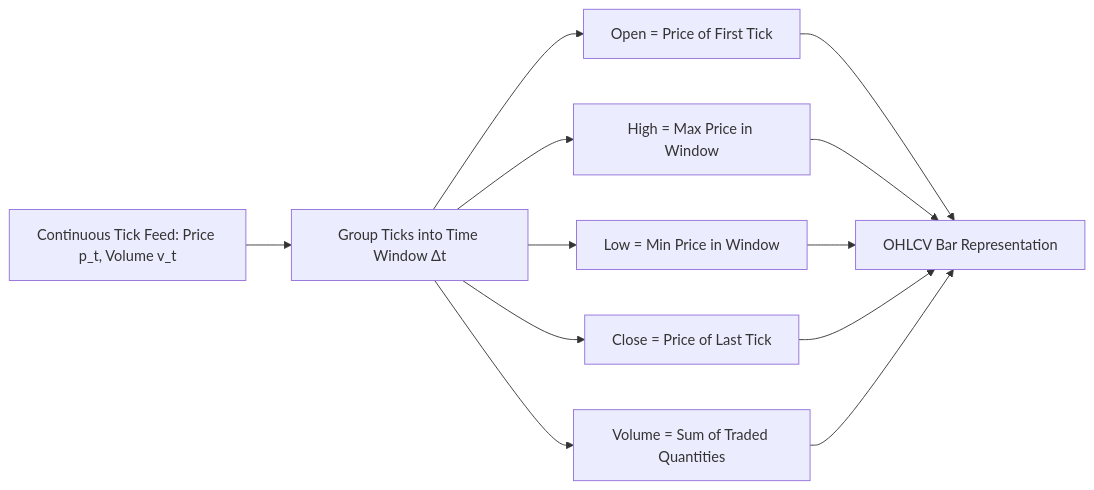
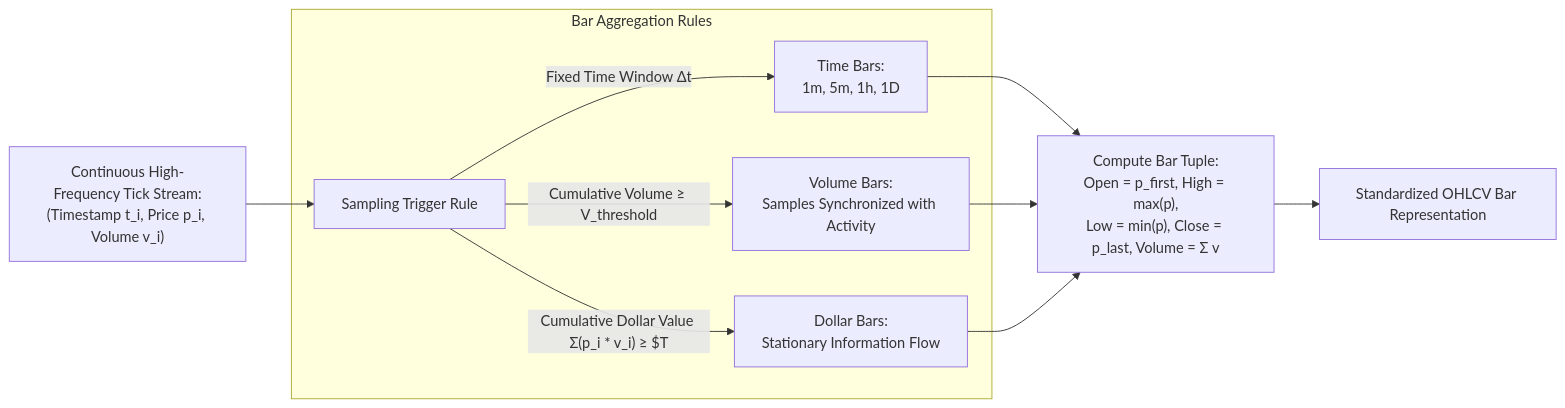
One commit to eggieinquant/wqu changed the second of 4 diagrams in 02_financial_data/README.md. Above: the diagram before and after it, drawn with Mermaid. The commit also changed other lines of this file and 6 other files, not shown here.

Commit message:
docs: overhaul and standardize READMEs across all MScFE modules (01-08) with Mermaid architectures, LaTeX formulas, and complete lesson mappings

````diff
--- a/02_financial_data/README.md
+++ b/02_financial_data/README.md
@@ -42,15 +47,13 @@
 ```mermaid
 flowchart LR
-    Ticks["Continuous Tick Feed: Price p_t, Volume v_t"] --> Group["Group Ticks into Time Window Δt"]
-    Group --> Open["Open = Price of First Tick"]
-    Group --> High["High = Max Price in Window"]
-    Group --> Low["Low = Min Price in Window"]
-    Group --> Close["Close = Price of Last Tick"]
-    Group --> Vol["Volume = Sum of Traded Quantities"]
+    TickFeed["Continuous High-Frequency Tick Stream:<br/>(Timestamp t_i, Price p_i, Volume v_i)"] --> Filter["Sampling Trigger Rule"]
     
-    Open --> OHLCV["OHLCV Bar Representation"]
-    High --> OHLCV
-    Low --> OHLCV
-    Close --> OHLCV
-    Vol --> OHLCV
+    subgraph Bar_Types ["Bar Aggregation Rules"]
+        Filter -->|"Fixed Time Window Δt"| TimeBar["Time Bars:<br/>1m, 5m, 1h, 1D"]
+        Filter -->|"Cumulative Volume ≥ V_threshold"| VolBar["Volume Bars:<br/>Samples Synchronized with Activity"]
+        Filter -->|"Cumulative Dollar Value Σ(p_i * v_i) ≥ $T"| DollarBar["Dollar Bars:<br/>Stationary Information Flow"]
+    end
+
+    TimeBar & VolBar & DollarBar --> OHLCV_Gen["Compute Bar Tuple:<br/>Open = p_first, High = max(p),<br/>Low = min(p), Close = p_last, Volume = Σ v"]
+    OHLCV_Gen --> StructuredBar["Standardized OHLCV Bar Representation"]
 ```
````
